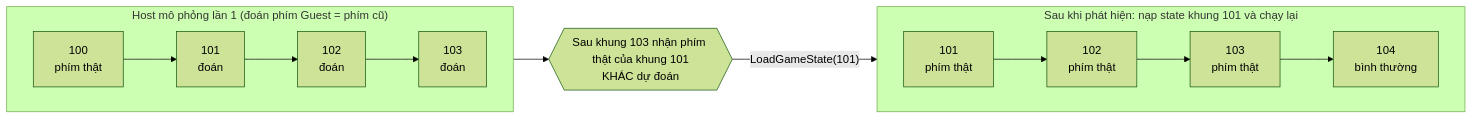
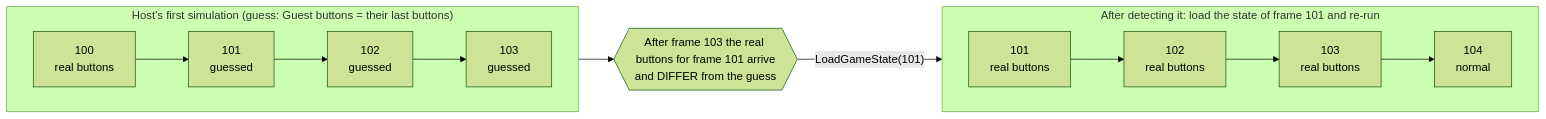
Before and after one commit to vunguyenvu35/vuretro: the sixth of 9 diagrams in docs/NETPLAY.md, drawn with Mermaid (forest theme). The commit also changed other lines of this file, not shown here.

````diff
--- a/docs/NETPLAY.md
+++ b/docs/NETPLAY.md
@@ -293,14 +293,14 @@
 ```mermaid
 flowchart LR
-  subgraph T1["Host mô phỏng lần 1 (đoán phím Guest = phím cũ)"]
+  subgraph T1["Host's first simulation (guess: Guest buttons = their last buttons)"]
     direction LR
-    F100["100<br/>phím thật"] --> F101["101<br/>đoán"] --> F102["102<br/>đoán"] --> F103["103<br/>đoán"]
+    F100["100<br/>real buttons"] --> F101["101<br/>guessed"] --> F102["102<br/>guessed"] --> F103["103<br/>guessed"]
   end
-  EV{{"Sau khung 103 nhận phím thật của khung 101<br/>KHÁC dự đoán"}}
-  subgraph T2["Sau khi phát hiện: nạp state khung 101 và chạy lại"]
+  EV{{"After frame 103 the real buttons for frame 101 arrive<br/>and DIFFER from the guess"}}
+  subgraph T2["After detecting it: load the state of frame 101 and re-run"]
     direction LR
-    R101["101<br/>phím thật"] --> R102["102<br/>phím thật"] --> R103["103<br/>phím thật"] --> R104["104<br/>bình thường"]
+    R101["101<br/>real buttons"] --> R102["102<br/>real buttons"] --> R103["103<br/>real buttons"] --> R104["104<br/>normal"]
   end
   F103 --> EV
   EV -->|"LoadGameState(101)"| R101
 ```
````
